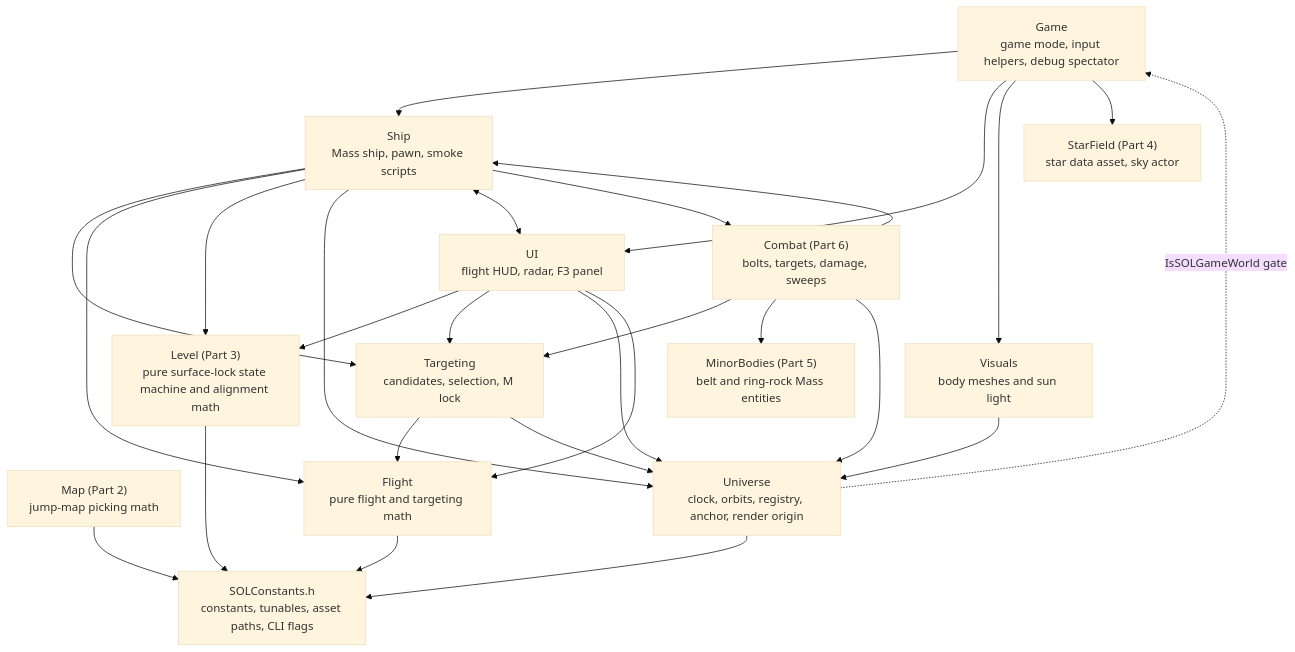
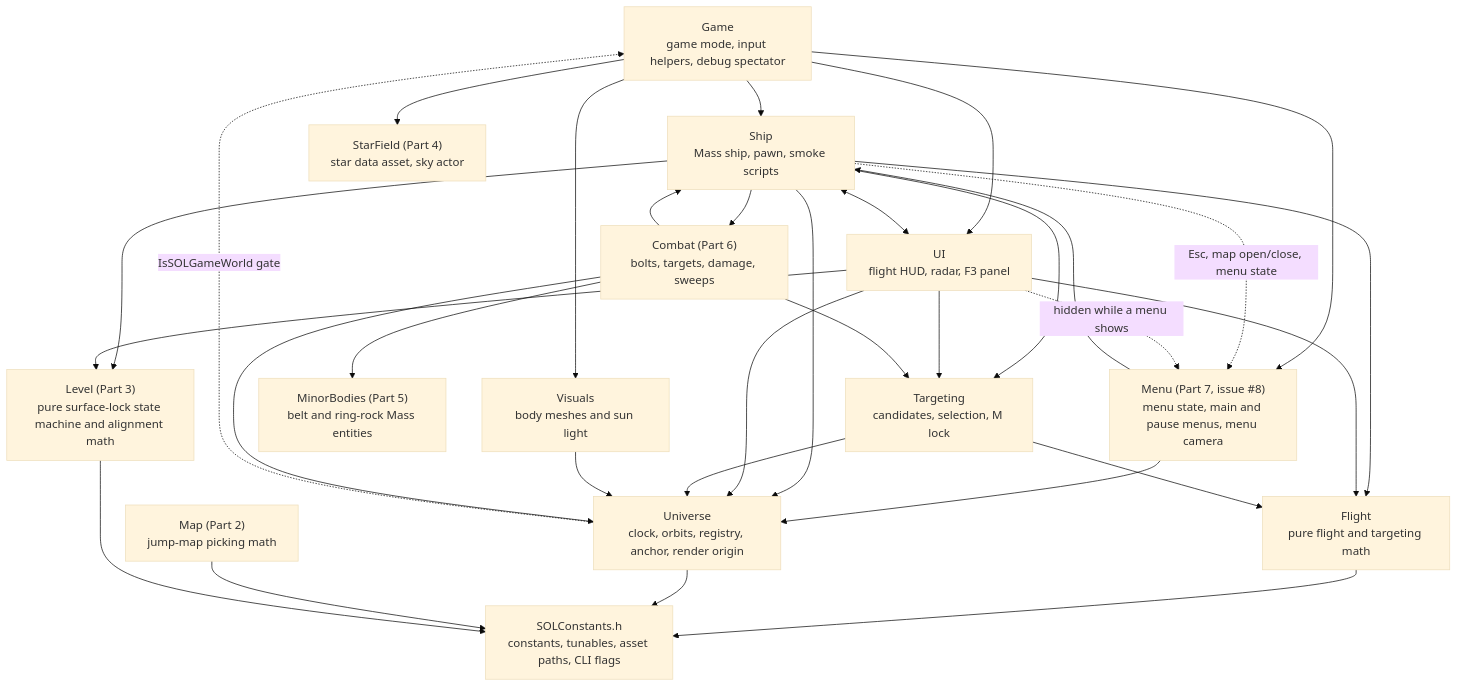
The first of 4 diagrams in Docs/ARCHITECTURE.md (DieSlower/SOLTest), drawn with Mermaid (base theme) before and after one commit. The commit also changed other lines of this file and 39 other files, not shown here.

Commit message:
Issue #8: Part 7a-7c - menu logic and tests, menu subsystem, main/pause menu widgets

````diff
--- a/Docs/ARCHITECTURE.md
+++ b/Docs/ARCHITECTURE.md
@@ -27,43 +27,49 @@
 ```mermaid
 flowchart TD
     Game["Game<br/>game mode, input helpers, debug spectator"]
+    Menu["Menu (Part 7, issue #8)<br/>menu state, main and pause menus, menu camera"]
     Ship["Ship<br/>Mass ship, pawn, smoke scripts"]
     UI["UI<br/>flight HUD, radar, F3 panel"]
     Targeting["Targeting<br/>candidates, selection, M lock"]
     Visuals["Visuals<br/>body meshes and sun light"]
     StarField["StarField (Part 4)<br/>star data asset, sky actor"]
     Map["Map (Part 2)<br/>jump-map picking math"]
     Combat["Combat (Part 6)<br/>bolts, targets, damage, sweeps"]
     MinorBodies["MinorBodies (Part 5)<br/>belt and ring-rock Mass entities"]
     Level["Level (Part 3)<br/>pure surface-lock state machine and alignment math"]
     Flight["Flight<br/>pure flight and targeting math"]
     Universe["Universe<br/>clock, orbits, registry, anchor, render origin"]
     Const["SOLConstants.h<br/>constants, tunables, asset paths, CLI flags"]
 
     Game --> Ship
+    Game --> Menu
+    Menu --> Ship
+    Menu --> Universe
+    Ship -. "Esc, map open/close, menu state" .-> Menu
+    UI -. "hidden while a menu shows" .-> Menu
     Game --> UI
     Game --> Visuals
     Game --> StarField
     Ship --> Targeting
     Ship --> Flight
     Ship --> Level
     UI --> Level
     Ship --> Universe
     Ship <--> UI
     UI --> Targeting
     UI --> Universe
     UI --> Flight
     Targeting --> Flight
     Targeting --> Universe
     Visuals --> Universe
     Ship --> Combat
     Combat --> Ship
     Combat --> Targeting
     Combat --> MinorBodies
     Combat --> Universe
     Universe -. "IsSOLGameWorld gate" .-> Game
     Flight --> Const
     Universe --> Const
     Map --> Const
     Level --> Const
 ```
````
